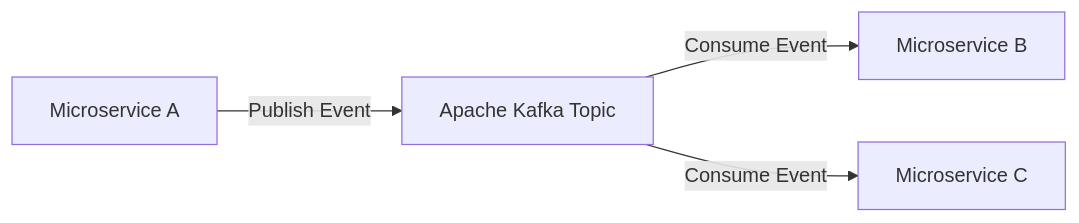
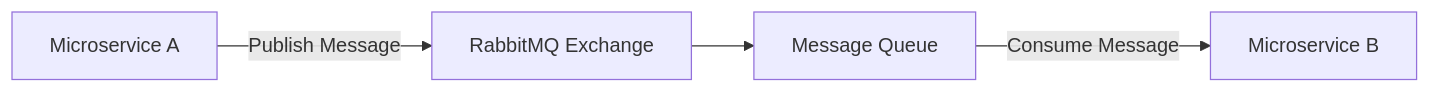
Before and after one commit to Rashmi-2005-Ranjan/FitVerse: the third of 3 diagrams in README.md, drawn with Mermaid. The commit also changed other lines of this file, not shown here.

First line of the commit message:
Revise README for technology and architecture updates

````diff
--- a/README.md
+++ b/README.md
@@ -231,6 +198,6 @@
 ```mermaid
 flowchart LR
-    A["Microservice A"] -->|"Publish Event"| K["Apache Kafka Topic"]
-    K -->|"Consume Event"| B["Microservice B"]
-    K -->|"Consume Event"| C["Microservice C"]
+    A["Microservice A"] -->|"Publish Message"| E["RabbitMQ Exchange"]
+    E --> Q["Message Queue"]
+    Q -->|"Consume Message"| B["Microservice B"]
 ```
````
